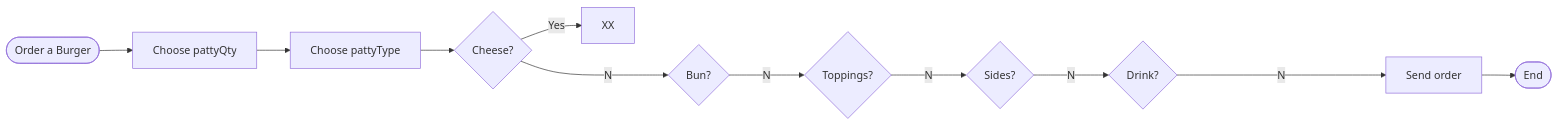
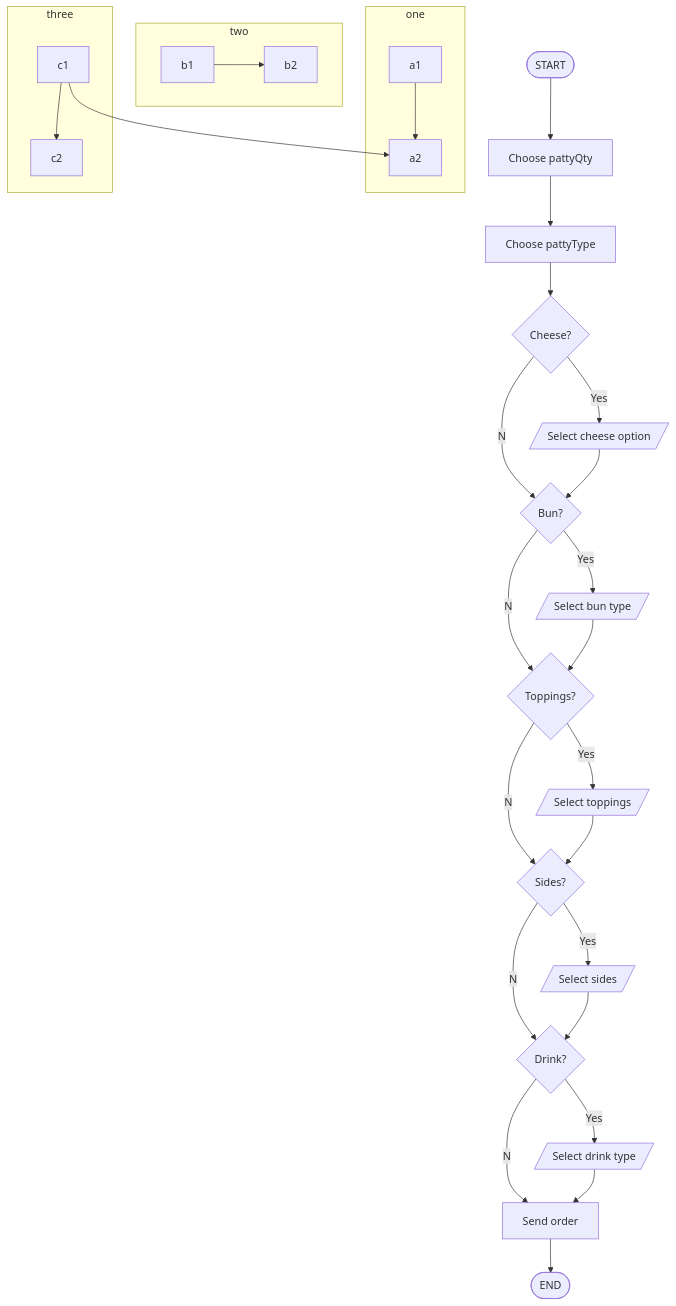
Before and after one commit to yusale9/student-showcase: the diagram in student-work/2023/Melissa-Ligertwood/api-final-project/readme.md, drawn with Mermaid. The commit also changed other lines of this file, not shown here.

Commit message:
Develop process flow

````diff
--- a/student-work/2023/Melissa-Ligertwood/api-final-project/readme.md
+++ b/student-work/2023/Melissa-Ligertwood/api-final-project/readme.md
@@ -6,17 +3,34 @@
 ```mermaid
-flowchart LR
+flowchart TD
 
-A([Order a Burger]) -->B[Choose pattyQty]
-B -->C[Choose pattyType]
-C -->D{Cheese?}
+    c1-->a2
+    subgraph one
+    a1-->a2
+    end
+    subgraph two
+    b1-->b2
+    end
+    subgraph three
+    c1-->c2
+    end
+
+A([START]) -->B[Choose pattyQty] -->C[Choose pattyType] -->D{Cheese?}
 D --No-->E{Bun?}
-D --Yes-->X[XX]
 E --No-->F{Toppings?}
 F --No-->G{Sides?}
 G --No-->H{Drink?}
-H --No------>I[Send order]
-I -->K([End]) 
+H --No-->I([Send order])
 
+D --Yes-->J[/Select cheese option/] 
+J -->E
+E --Yes-->K[/Select bun type/]
+K -->F
+F --Yes-->L[/Select toppings/]
+L -->G
+G --Yes-->M[/Select sides/]
+M -->H
+H --Yes-->N[/Select drink type/]
+N -->I[Send order]
 
-
+I -->Z([END])
 ```
````
